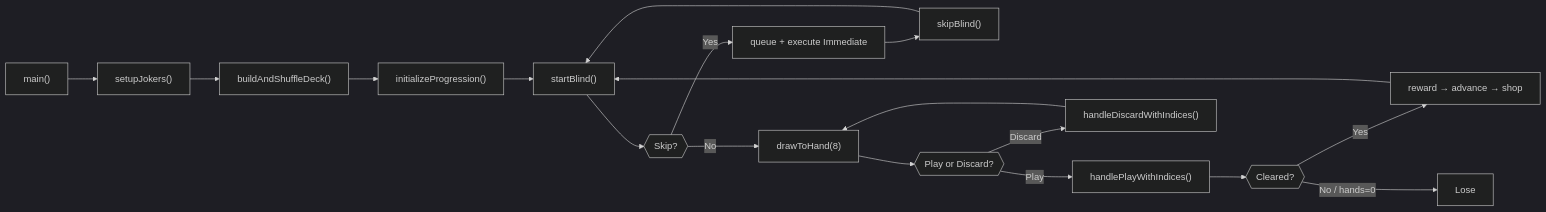
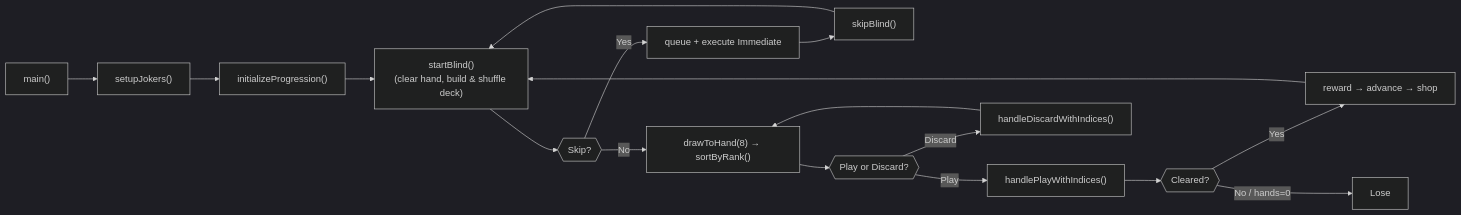
One commit to shabriafrizal/balatro-despat changed the first of 5 diagrams in TechnicalDocument.md. Above: the diagram before and after it, drawn with Mermaid (dark theme). The commit also changed other lines of this file and 1 other file, not shown here.

Commit message:
UPDATE: diagram and document.md

````diff
--- a/TechnicalDocument.md
+++ b/TechnicalDocument.md
@@ -42,20 +42,19 @@
 ```mermaid
 flowchart LR
     A["main()"] --> B["setupJokers()"]
-    B --> C["buildAndShuffleDeck()"]
-    C --> D["initializeProgression()"]
-    D --> E["startBlind()"]
-    E --> F{{"Skip?"}}
-    F -->|"Yes"| G["queue + execute Immediate"]
-    G --> H["skipBlind()"]
-    H --> E
-    F -->|"No"| I["drawToHand(8)"]
-    I --> J{{"Play or Discard?"}}
-    J -->|"Play"| K["handlePlayWithIndices()"]
-    K --> L{{"Cleared?"}}
-    L -->|"Yes"| M["reward → advance → shop"]
-    M --> E
-    L -->|"No / hands=0"| N["Lose"]
-    J -->|"Discard"| O["handleDiscardWithIndices()"]
-    O --> I
+    B --> C["initializeProgression()"]
+    C --> D["startBlind()<br/>(clear hand, build & shuffle deck)"]
+    D --> E{{"Skip?"}}
+    E -->|"Yes"| F["queue + execute Immediate"]
+    F --> G["skipBlind()"]
+    G --> D
+    E -->|"No"| H["drawToHand(8) → sortByRank()"]
+    H --> I{{"Play or Discard?"}}
+    I -->|"Play"| J["handlePlayWithIndices()"]
+    J --> K{{"Cleared?"}}
+    K -->|"Yes"| L["reward → advance → shop"]
+    L --> D
+    K -->|"No / hands=0"| M["Lose"]
+    I -->|"Discard"| N["handleDiscardWithIndices()"]
+    N --> H
 ```
````
